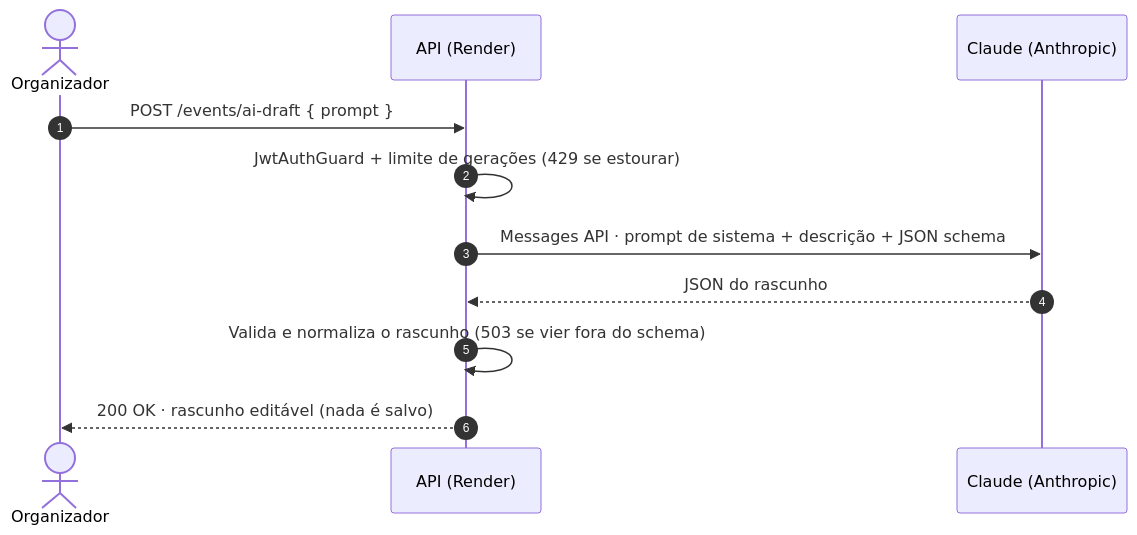
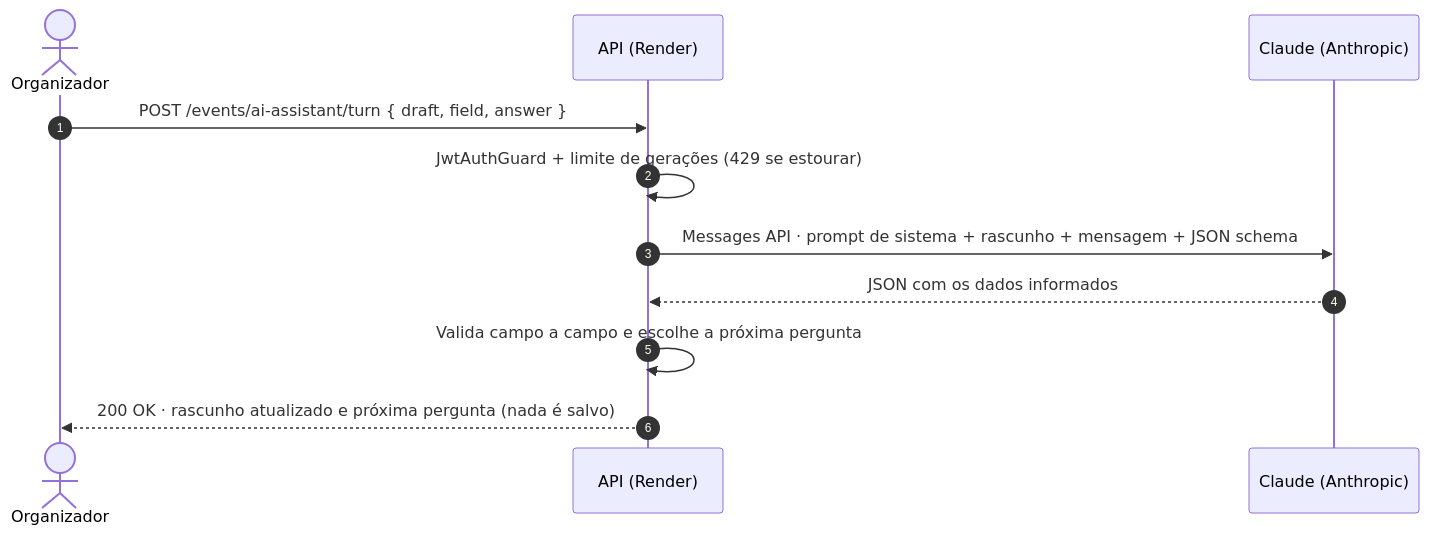
Before and after one commit to Hubee-Unifesp/alexandrita-docs: the diagram in docs/backend/integracao-ia.md, drawn with Mermaid. The commit also changed other lines of this file and 3 other files, not shown here.

````diff
--- a/docs/backend/integracao-ia.md
+++ b/docs/backend/integracao-ia.md
@@ -25,14 +26,14 @@
 ```mermaid
 sequenceDiagram
     autonumber
     actor O as Organizador
     participant A as API (Render)
     participant C as Claude (Anthropic)
 
-    O->>A: POST /events/ai-draft { prompt }
+    O->>A: POST /events/ai-assistant/turn { draft, field, answer }
     A->>A: JwtAuthGuard + limite de gerações (429 se estourar)
-    A->>C: Messages API · prompt de sistema + descrição + JSON schema
-    C-->>A: JSON do rascunho
-    A->>A: Valida e normaliza o rascunho (503 se vier fora do schema)
-    A-->>O: 200 OK · rascunho editável (nada é salvo)
+    A->>C: Messages API · prompt de sistema + rascunho + mensagem + JSON schema
+    C-->>A: JSON com os dados informados
+    A->>A: Valida campo a campo e escolhe a próxima pergunta
+    A-->>O: 200 OK · rascunho atualizado e próxima pergunta (nada é salvo)
 ```
````
